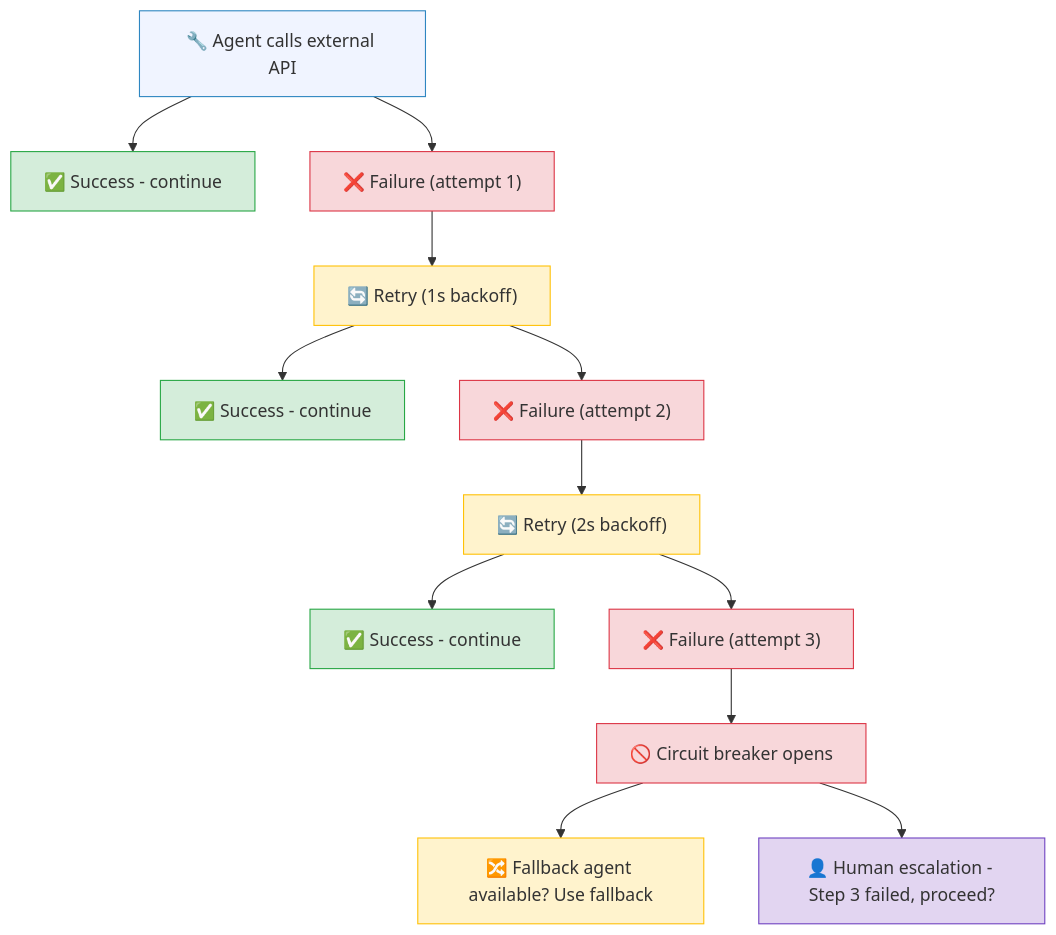
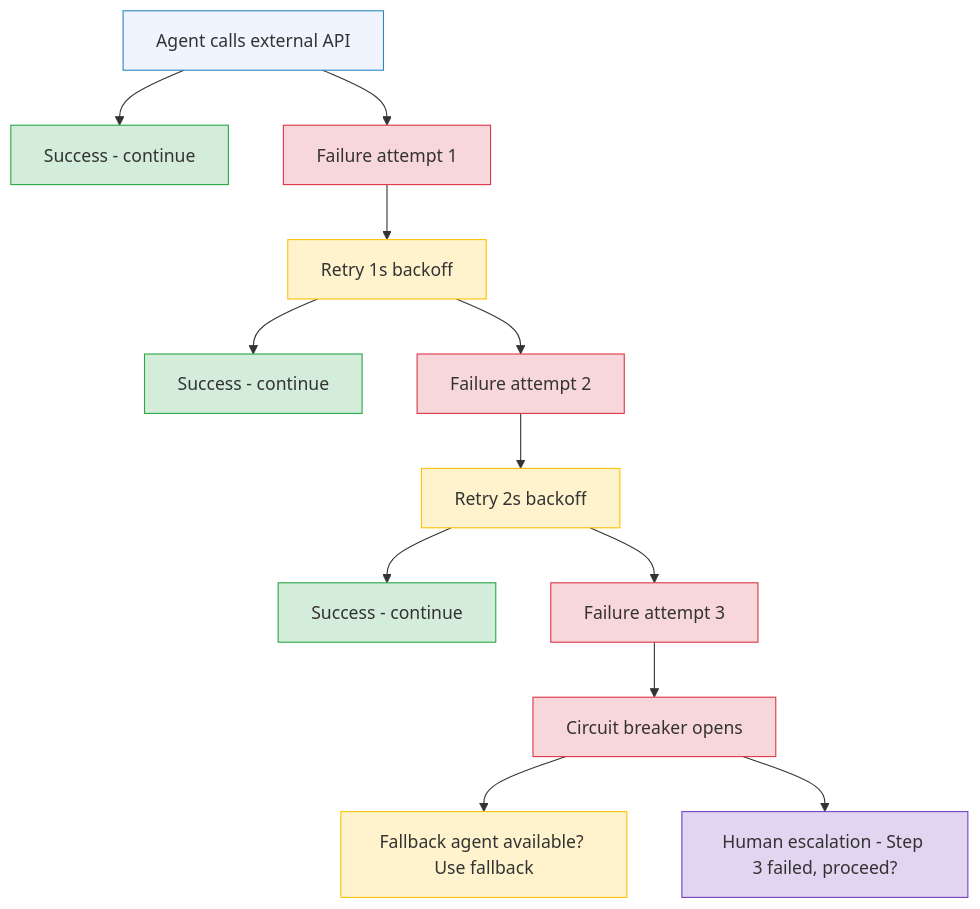
One commit to ithinktavo/GenAI-Engineering-Handbook changed the eighth of 8 diagrams in docs/09-orchestration-patterns.md. Above: the diagram before and after it, drawn with Mermaid. The commit also changed other lines of this file and 10 other files, not shown here.

Commit message:
Diagram updates

````diff
--- a/docs/09-orchestration-patterns.md
+++ b/docs/09-orchestration-patterns.md
@@ -375,37 +375,37 @@
 ```mermaid
 graph TD
-    Call["🔧 Agent calls external API"]
-    Ok1["✅ Success - continue"]
-    F1["❌ Failure (attempt 1)"]
-    R1["🔄 Retry (1s backoff)"]
-    Ok2["✅ Success - continue"]
-    F2["❌ Failure (attempt 2)"]
-    R2["🔄 Retry (2s backoff)"]
-    Ok3["✅ Success - continue"]
-    F3["❌ Failure (attempt 3)"]
-    CB["🚫 Circuit breaker opens"]
-    Fallback["🔀 Fallback agent available? Use fallback"]
-    Human["👤 Human escalation - Step 3 failed, proceed?"]
+    Call["Agent calls external API"]
+    Ok1["Success - continue"]
+    F1["Failure attempt 1"]
+    R1["Retry 1s backoff"]
+    Ok2["Success - continue"]
+    F2["Failure attempt 2"]
+    R2["Retry 2s backoff"]
+    Ok3["Success - continue"]
+    F3["Failure attempt 3"]
+    CB["Circuit breaker opens"]
+    Fallback["Fallback agent available? Use fallback"]
+    Human["Human escalation - Step 3 failed, proceed?"]
 
     Call --> Ok1
     Call --> F1 --> R1
     R1 --> Ok2
     R1 --> F2 --> R2
     R2 --> Ok3
     R2 --> F3 --> CB
     CB --> Fallback
     CB --> Human
 
     style Call fill:#f0f4ff,stroke:#2E86C1
     style Ok1 fill:#d4edda,stroke:#28a745
     style Ok2 fill:#d4edda,stroke:#28a745
     style Ok3 fill:#d4edda,stroke:#28a745
     style F1 fill:#f8d7da,stroke:#dc3545
     style F2 fill:#f8d7da,stroke:#dc3545
     style F3 fill:#f8d7da,stroke:#dc3545
     style R1 fill:#fff3cd,stroke:#ffc107
     style R2 fill:#fff3cd,stroke:#ffc107
     style CB fill:#f8d7da,stroke:#dc3545
     style Fallback fill:#fff3cd,stroke:#ffc107
     style Human fill:#e2d5f1,stroke:#6f42c1
 ```
````
